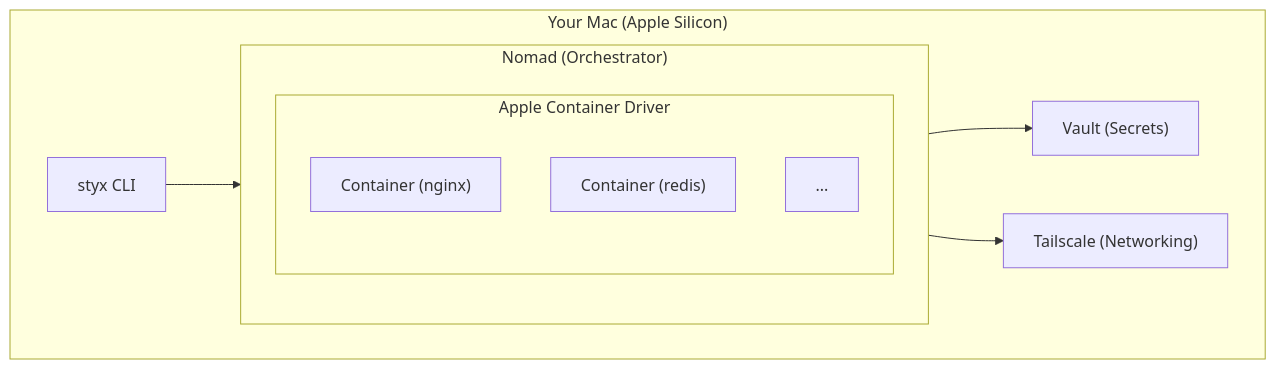
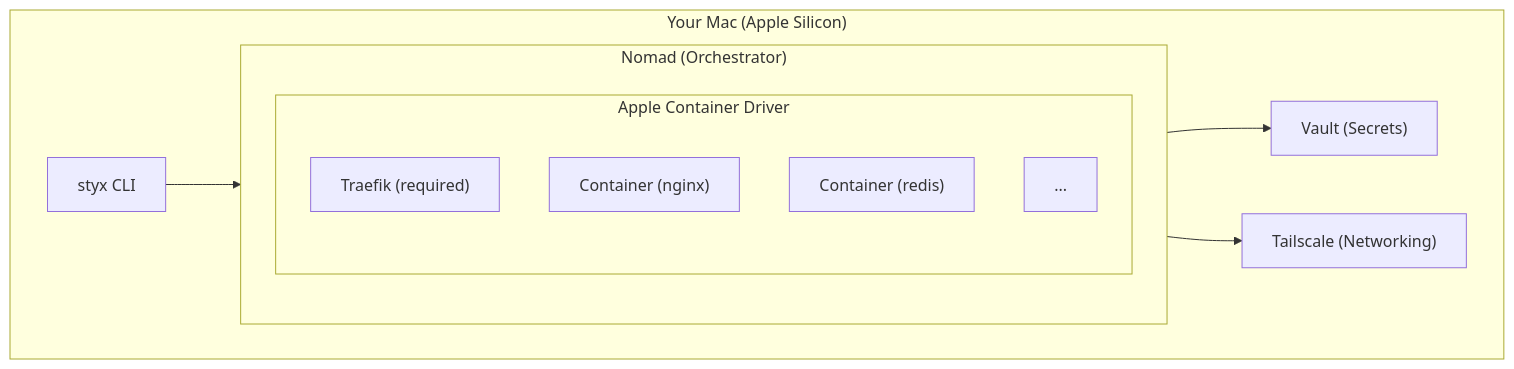
One commit to kessler-frost/styx changed the first of 5 diagrams in README.md. Above: the diagram before and after it, drawn with Mermaid. The commit also changed other lines of this file and 16 other files, not shown here.

````diff
--- a/README.md
+++ b/README.md
@@ -40,19 +40,20 @@
 ```mermaid
 flowchart TB
     subgraph mac["Your Mac (Apple Silicon)"]
         cli["styx CLI"]
         subgraph nomad["Nomad (Orchestrator)"]
             subgraph driver["Apple Container Driver"]
+                traefik["Traefik (required)"]
                 c1["Container (nginx)"]
                 c2["Container (redis)"]
                 c3["..."]
             end
         end
         vault["Vault (Secrets)"]
         ts["Tailscale (Networking)"]
     end
 
     cli --> nomad
     nomad --> vault
     nomad --> ts
 ```
````
